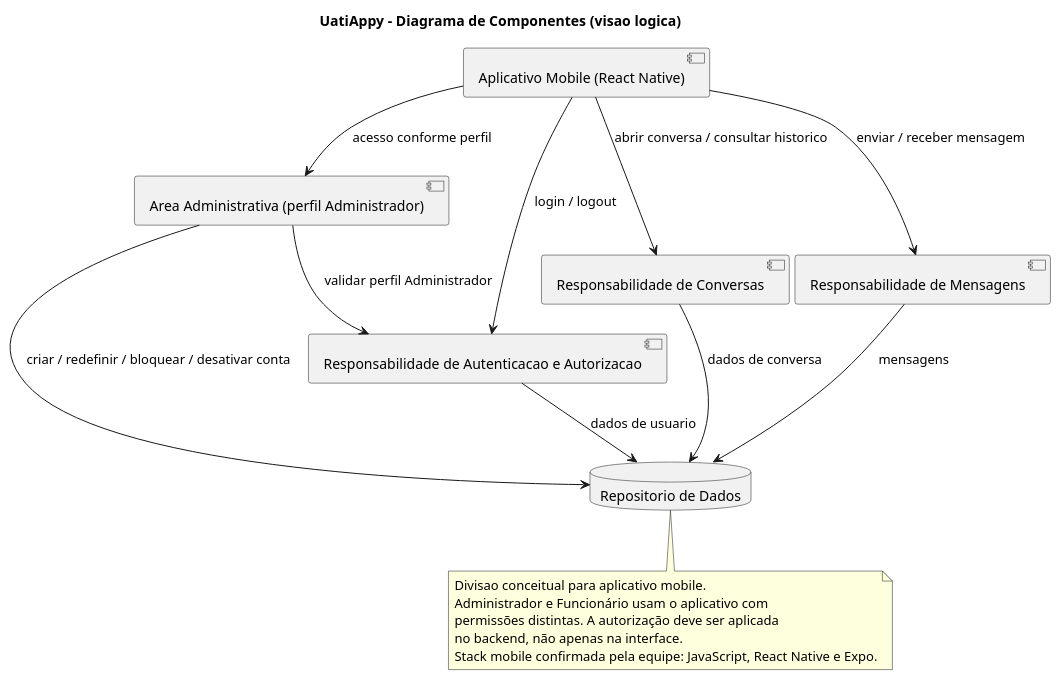
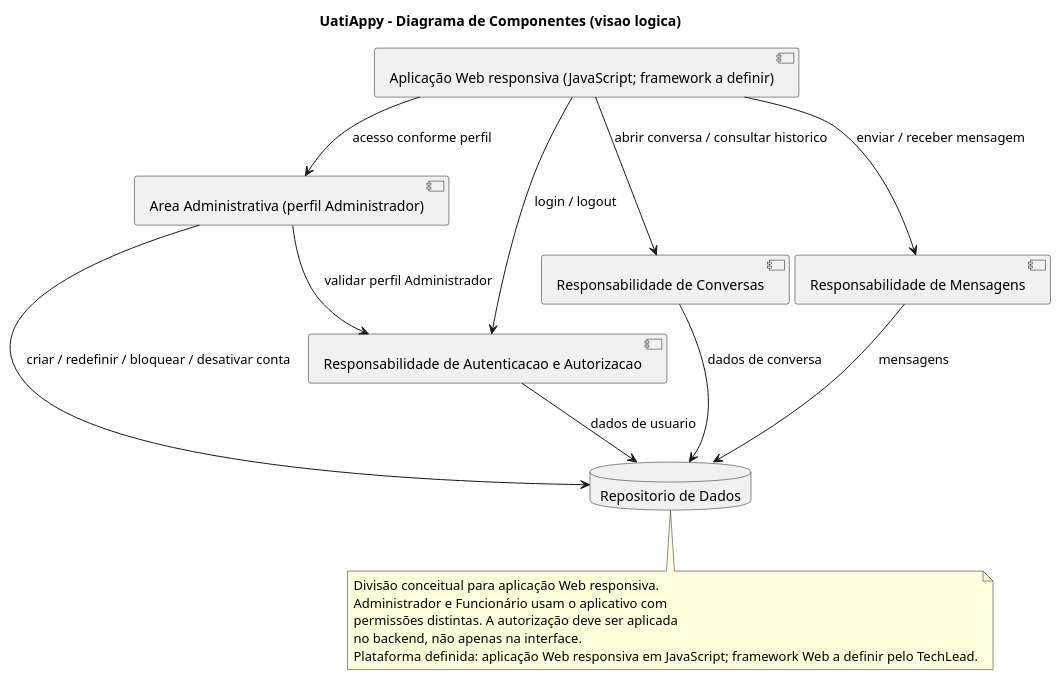
The second of 9 diagrams in Docs/requisitos/escopo-mvp.md (daviwanziler/uatiappy-vdois), drawn with PlantUML before and after one commit. The commit also changed other lines of this file, not shown here.

Commit message:
docs: alinhar escopo do MVP à aplicação Web responsiva

````diff
--- a/Docs/requisitos/escopo-mvp.md
+++ b/Docs/requisitos/escopo-mvp.md
@@ -275,30 +277,30 @@
 ```plantuml
 @startuml
 title UatiAppy - Diagrama de Componentes (visao logica)
 
-component "Aplicativo Mobile (React Native)" as UI
+component "Aplicação Web responsiva (JavaScript; framework a definir)" as UI
 component "Area Administrativa (perfil Administrador)" as ADMINUI
 component "Responsabilidade de Autenticacao e Autorizacao" as AUTH
 component "Responsabilidade de Conversas" as CONV
 component "Responsabilidade de Mensagens" as MSG
 database "Repositorio de Dados" as DATA
 
 UI --> AUTH : login / logout
 UI --> ADMINUI : acesso conforme perfil
 ADMINUI --> AUTH : validar perfil Administrador
 ADMINUI --> DATA : criar / redefinir / bloquear / desativar conta
 UI --> CONV : abrir conversa / consultar historico
 UI --> MSG : enviar / receber mensagem
 AUTH --> DATA : dados de usuario
 CONV --> DATA : dados de conversa
 MSG --> DATA : mensagens
 
 note bottom
-  Divisao conceitual para aplicativo mobile.
+  Divisão conceitual para aplicação Web responsiva.
   Administrador e Funcionário usam o aplicativo com
   permissões distintas. A autorização deve ser aplicada
   no backend, não apenas na interface.
-  Stack mobile confirmada pela equipe: JavaScript, React Native e Expo.
+  Plataforma definida: aplicação Web responsiva em JavaScript; framework Web a definir pelo TechLead.
 end note
 @enduml
 ```
````
